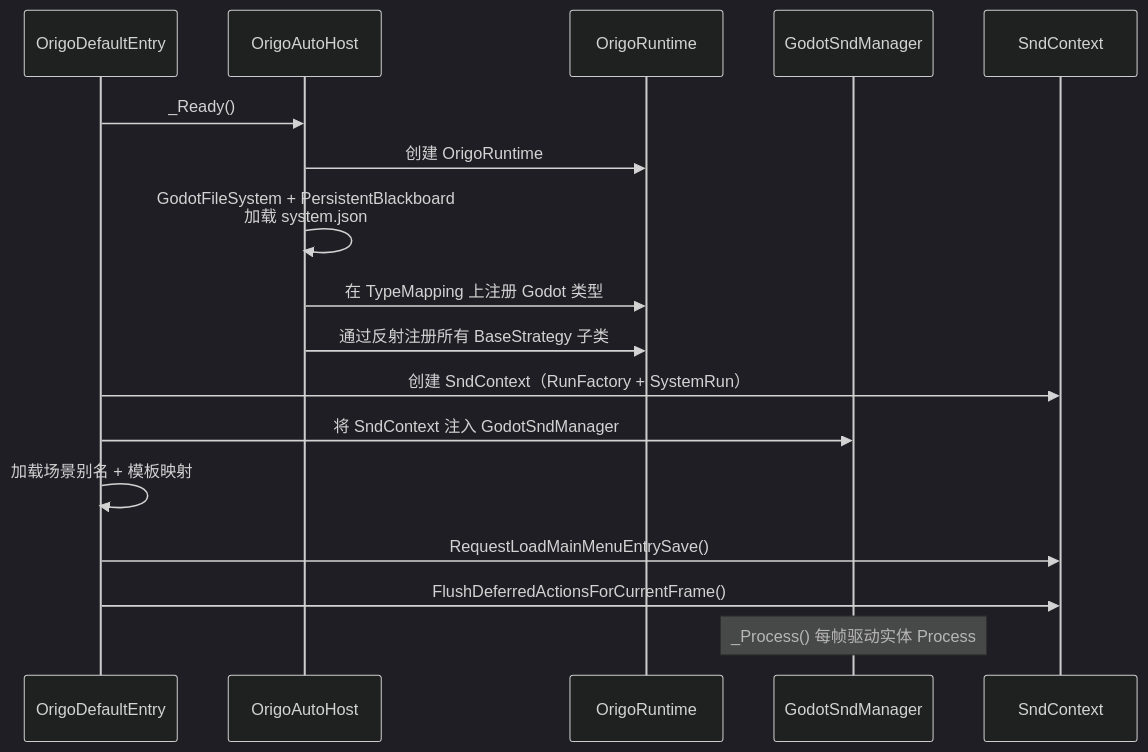
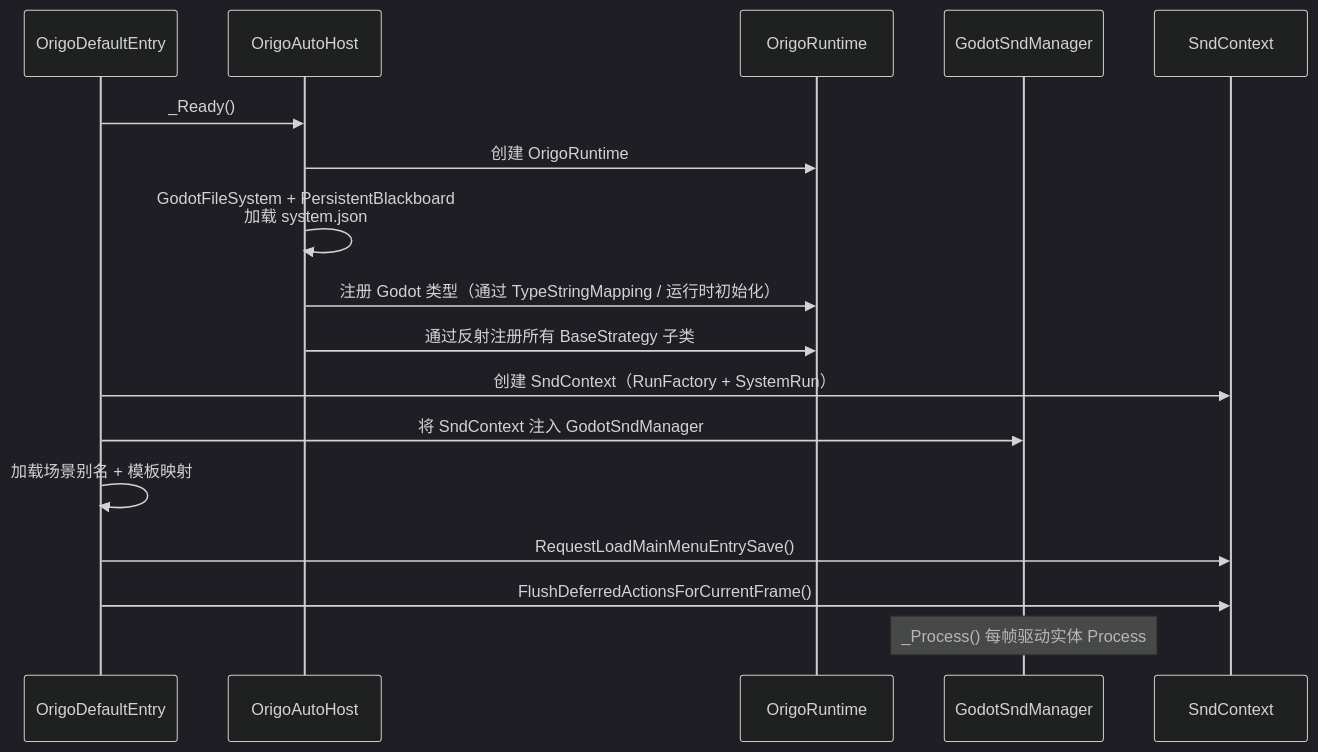
Before and after one commit to 51193/origo.stable: the second of 2 diagrams in README.zh-CN.md, drawn with Mermaid (dark theme). The commit also changed other lines of this file and 223 other files, not shown here.

````diff
--- a/README.zh-CN.md
+++ b/README.zh-CN.md
@@ -726,20 +1078,20 @@
 ```mermaid
 sequenceDiagram
     participant Entry as OrigoDefaultEntry
     participant Host as OrigoAutoHost
     participant RT as OrigoRuntime
     participant SM as GodotSndManager
     participant Ctx as SndContext
 
     Entry->>Host: _Ready()
     Host->>RT: 创建 OrigoRuntime
     Host->>Host: GodotFileSystem + PersistentBlackboard<br/>加载 system.json
-    Host->>RT: 在 TypeMapping 上注册 Godot 类型
+    Host->>RT: 注册 Godot 类型（通过 TypeStringMapping / 运行时初始化）
     Host->>RT: 通过反射注册所有 BaseStrategy 子类
     Entry->>Ctx: 创建 SndContext（RunFactory + SystemRun）
     Entry->>SM: 将 SndContext 注入 GodotSndManager
     Entry->>Entry: 加载场景别名 + 模板映射
     Entry->>Ctx: RequestLoadMainMenuEntrySave()
     Entry->>Ctx: FlushDeferredActionsForCurrentFrame()
     Note over SM: _Process() 每帧驱动实体 Process
 ```
````
